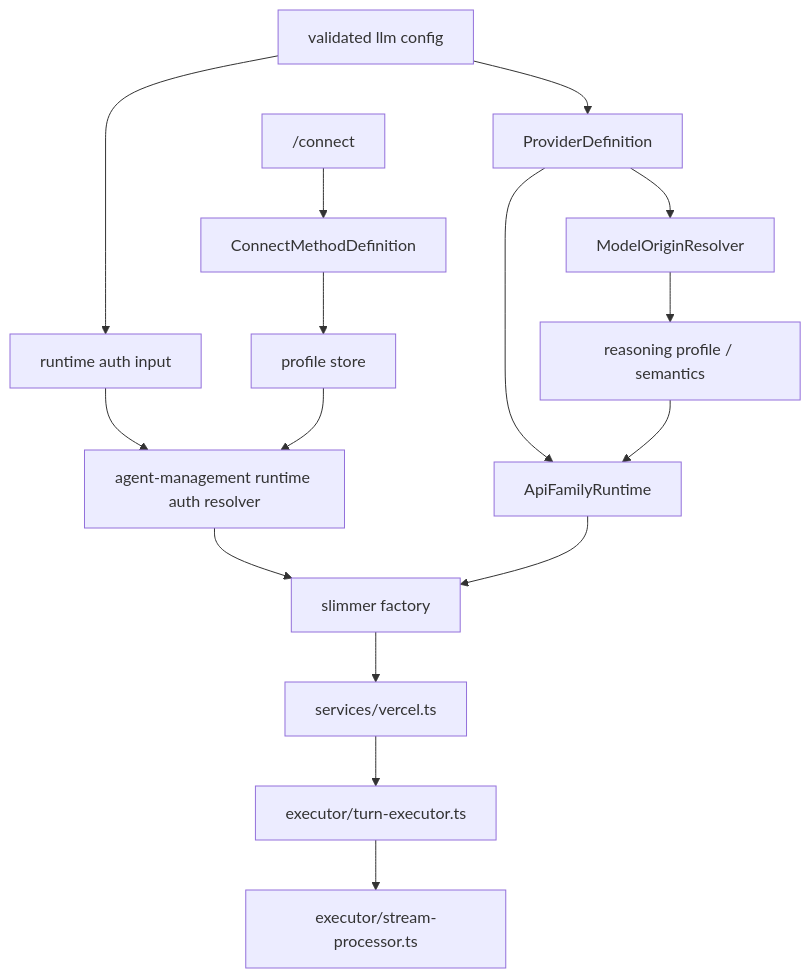
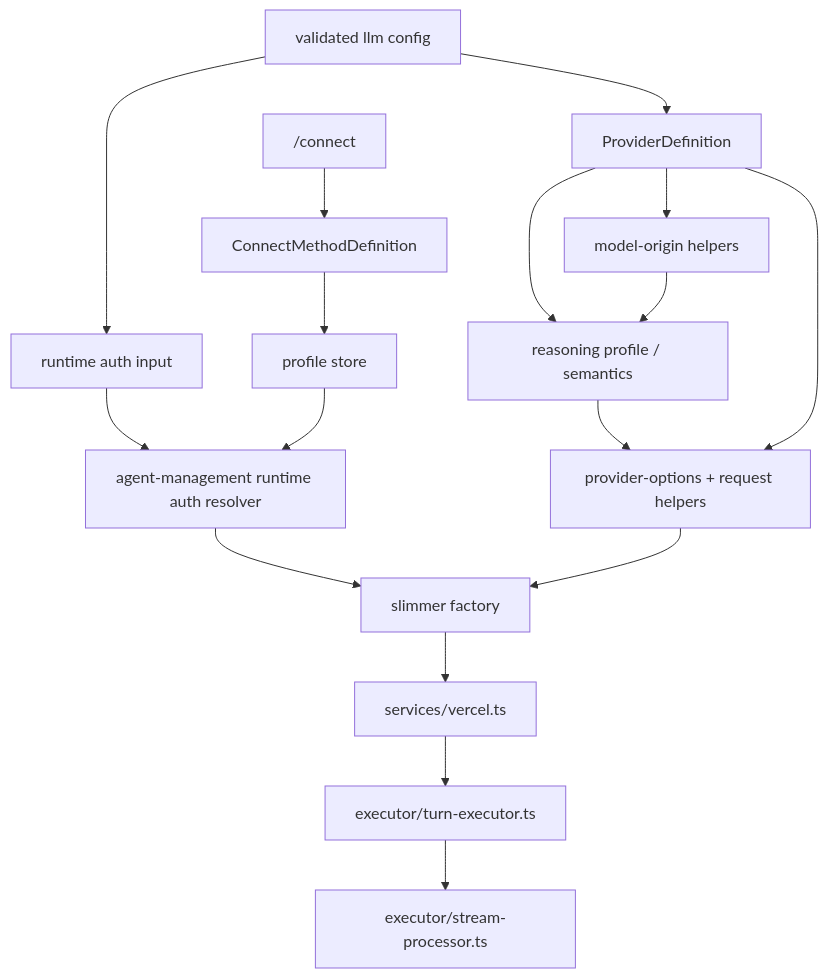
One commit to truffle-ai/dexto changed the second of 4 diagrams in feature-plans/oauth-and-more-providers/v2/PROPOSED_MODULE_TREE.md. Above: the diagram before and after it, drawn with Mermaid. The commit also changed other lines of this file, not shown here.

````diff
--- a/feature-plans/oauth-and-more-providers/v2/PROPOSED_MODULE_TREE.md
+++ b/feature-plans/oauth-and-more-providers/v2/PROPOSED_MODULE_TREE.md
@@ -271,22 +249,23 @@
 ```mermaid
 flowchart TD
     CFG["validated llm config"] --> PDEF["ProviderDefinition"]
     CFG --> AUTHIN["runtime auth input"]
 
     AUTHIN --> AUTH["agent-management runtime auth resolver"]
     AUTH --> FACTORY["slimmer factory"]
 
-    PDEF --> ORIGIN["ModelOriginResolver"]
-    PDEF --> FAMILY["ApiFamilyRuntime"]
-    ORIGIN --> REASON["reasoning profile / semantics"]
-    REASON --> FAMILY
+    PDEF --> ORIGIN["model-origin helpers"]
+    PDEF --> REASON["reasoning profile / semantics"]
+    ORIGIN --> REASON
+    REASON --> OPTS["provider-options + request helpers"]
+    PDEF --> OPTS
 
-    FAMILY --> FACTORY
+    OPTS --> FACTORY
     FACTORY --> SERVICE["services/vercel.ts"]
     SERVICE --> EXEC["executor/turn-executor.ts"]
     EXEC --> PROCESSOR["executor/stream-processor.ts"]
 
     CONNECT["/connect"] --> CMETH["ConnectMethodDefinition"]
     CMETH --> STORE["profile store"]
     STORE --> AUTH
 ```
````
